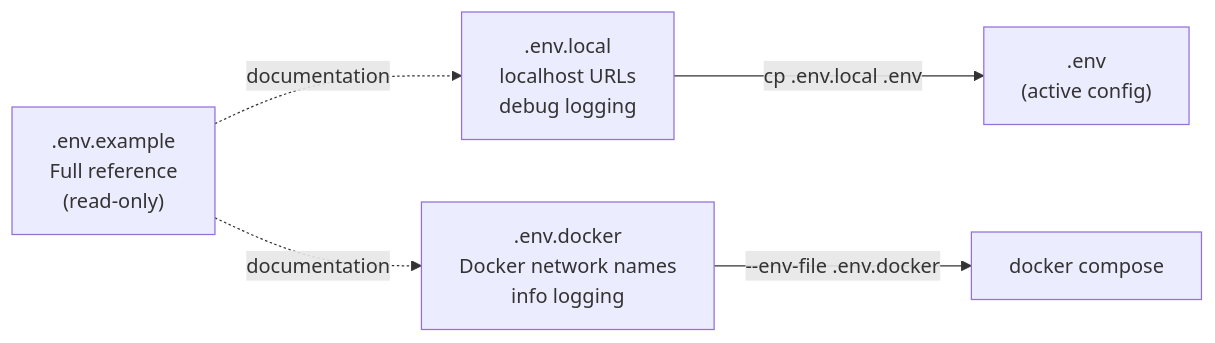
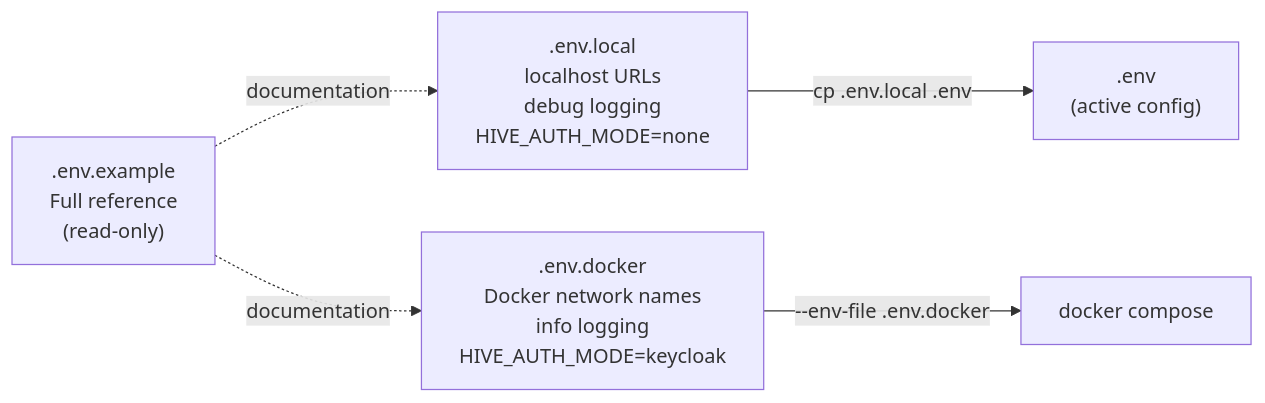
Before and after one commit to vishalm/hivehq: the eighth of 11 diagrams in QUICKSTART.md, drawn with Mermaid. The commit also changed other lines of this file and 1 other file, not shown here.

Commit message:
Add HIVE Chat widget and LLM Settings page with Ollama default

````diff
--- a/QUICKSTART.md
+++ b/QUICKSTART.md
@@ -623,10 +785,10 @@
 ```mermaid
 graph LR
-    EL[".env.local<br/>localhost URLs<br/>debug logging"]
-    ED[".env.docker<br/>Docker network names<br/>info logging"]
+    EL[".env.local<br/>localhost URLs<br/>debug logging<br/>HIVE_AUTH_MODE=none"]
+    ED[".env.docker<br/>Docker network names<br/>info logging<br/>HIVE_AUTH_MODE=keycloak"]
     EX[".env.example<br/>Full reference<br/>(read-only)"]
 
     EL -->|"cp .env.local .env"| ENV[".env<br/>(active config)"]
     ED -->|"--env-file .env.docker"| DC["docker compose"]
     EX -.->|"documentation"| EL & ED
 ```
````
